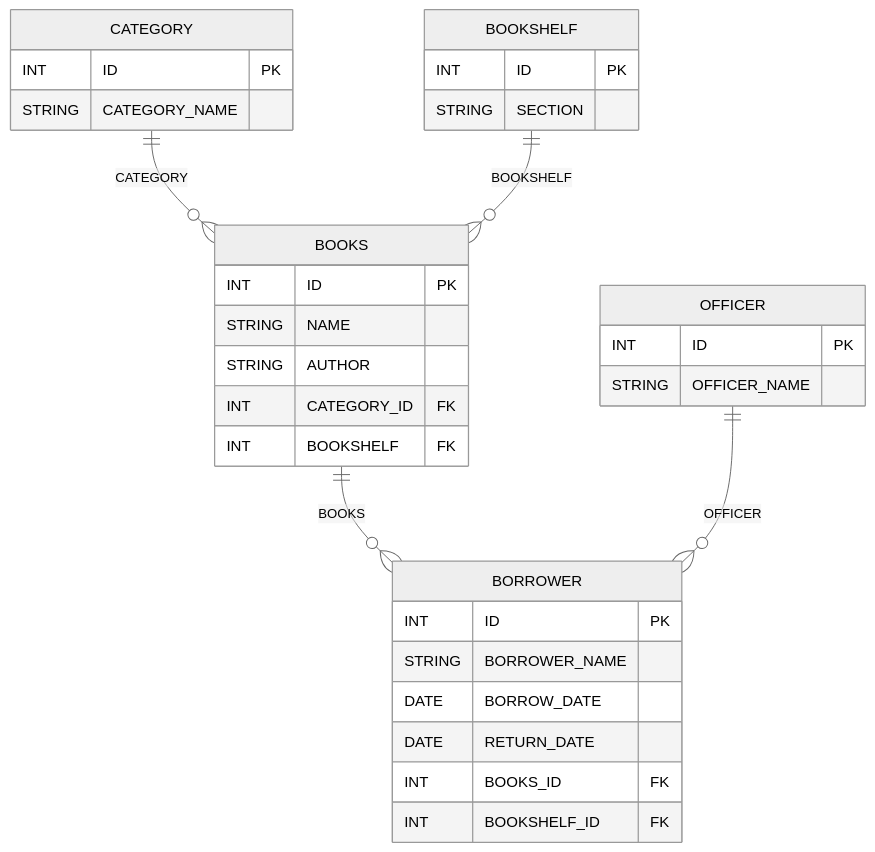
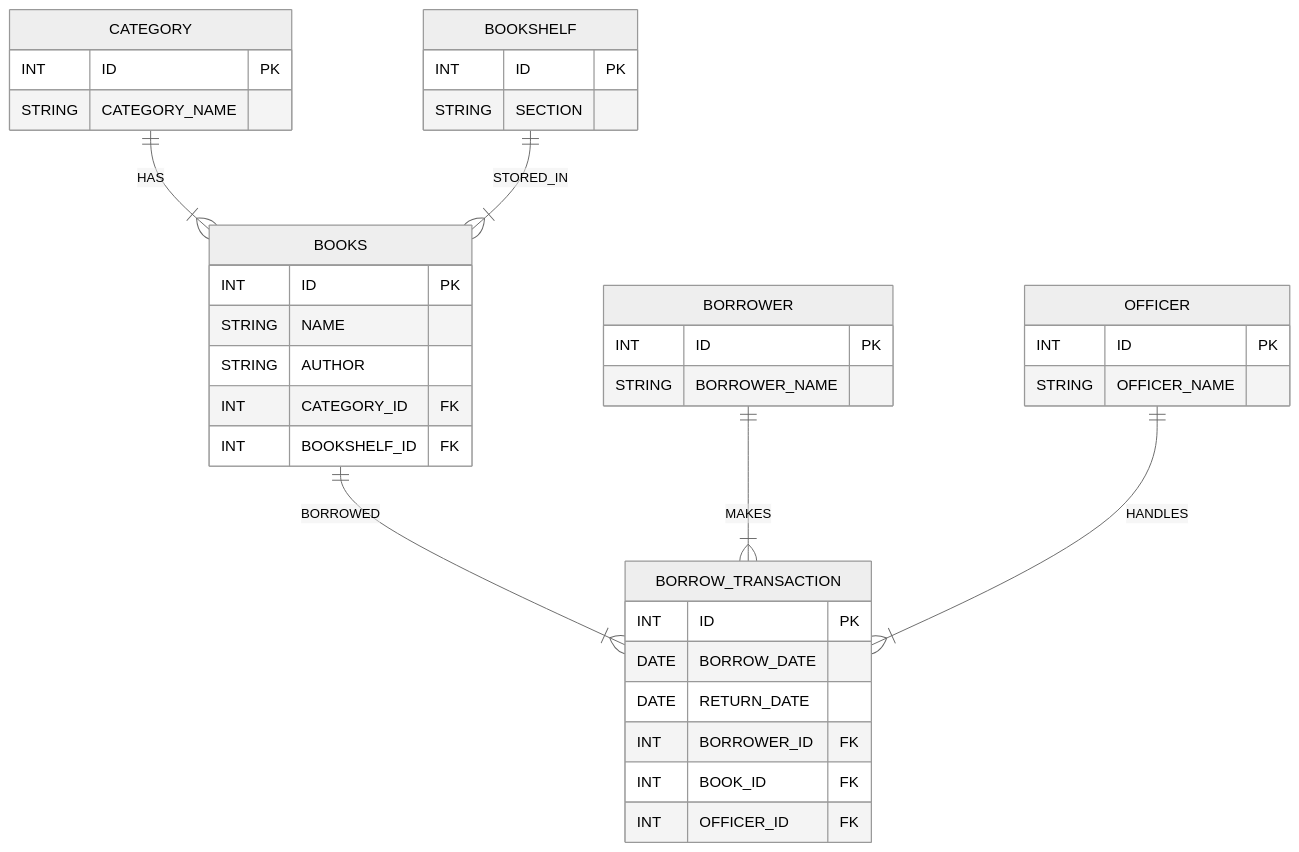
One commit to VirgilIw/koda-b6-backend2 changed the diagram in minitask1/Readme.md. Above: the diagram before and after it, drawn with Mermaid (neutral theme).

Commit message:
feat: add new table for borrow name

````diff
--- a/minitask1/Readme.md
+++ b/minitask1/Readme.md
@@ -3,42 +3,48 @@
 ```mermaid
 erDiagram
 
 BOOKS {
     INT ID PK
     STRING NAME
     STRING AUTHOR
     INT CATEGORY_ID FK
-    INT BOOKSHELF FK
+    INT BOOKSHELF_ID FK
 }
 
 CATEGORY {
     INT ID PK
     STRING CATEGORY_NAME
 }
 
 BOOKSHELF{
     INT ID PK
     STRING SECTION
 }
 
 OFFICER {
     INT ID PK
     STRING OFFICER_NAME
 }
 
 BORROWER {
     INT ID PK
     STRING BORROWER_NAME
+}
+
+BORROW_TRANSACTION {
+    INT ID PK
     DATE BORROW_DATE
     DATE RETURN_DATE
-    INT BOOKS_ID FK
-    INT BOOKSHELF_ID FK
+    INT BORROWER_ID FK
+    INT BOOK_ID FK
+    INT OFFICER_ID FK
 }
 
+CATEGORY ||--|{ BOOKS : HAS
+BOOKSHELF ||--|{ BOOKS : STORED_IN
+BOOKS ||--|{ BORROW_TRANSACTION : BORROWED
+BORROWER ||--|{ BORROW_TRANSACTION : MAKES
+OFFICER ||--|{ BORROW_TRANSACTION : HANDLES
 
-CATEGORY ||--o{ BOOKS : CATEGORY
-BOOKSHELF ||--o{ BOOKS :BOOKSHELF
-BOOKS ||--o{ BORROWER : BOOKS
-OFFICER ||--o{ BORROWER : OFFICER
 
 ```
````
